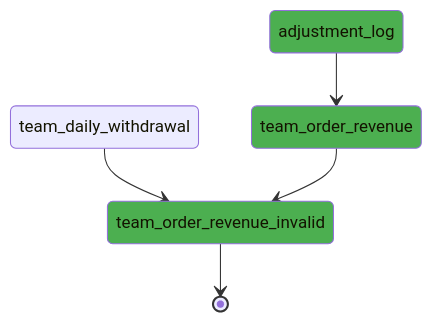
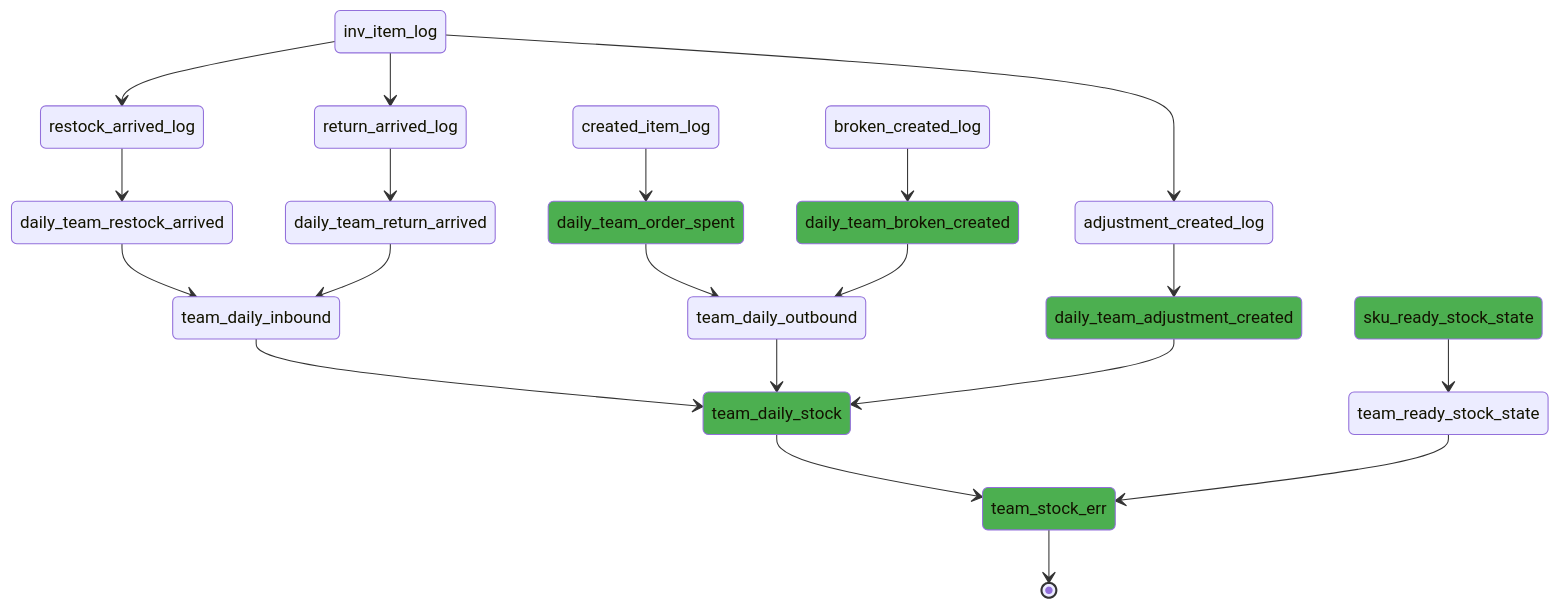
One commit to pdcgo/worker_stat changed the diagram in batch_test.mmd. Above: the diagram before and after it, drawn with Mermaid. The commit also changed 5 other files, not shown here.

```diff
--- a/batch_test.mmd
+++ b/batch_test.mmd
@@ -1,8 +1,26 @@
 stateDiagram-v2
-	team_order_revenue_invalid--> [*]
-	style team_order_revenue_invalid fill:#4CAF50
-	team_daily_withdrawal--> team_order_revenue_invalid
-	adjustment_log--> team_order_revenue
-	style adjustment_log fill:#4CAF50
-	team_order_revenue--> team_order_revenue_invalid
-	style team_order_revenue fill:#4CAF50
+	team_stock_err--> [*]
+	style team_stock_err fill:#4CAF50
+	inv_item_log--> restock_arrived_log
+	restock_arrived_log--> daily_team_restock_arrived
+	daily_team_restock_arrived--> team_daily_inbound
+	inv_item_log--> return_arrived_log
+	return_arrived_log--> daily_team_return_arrived
+	daily_team_return_arrived--> team_daily_inbound
+	team_daily_inbound--> team_daily_stock
+	created_item_log--> daily_team_order_spent
+	daily_team_order_spent--> team_daily_outbound
+	style daily_team_order_spent fill:#4CAF50
+	broken_created_log--> daily_team_broken_created
+	daily_team_broken_created--> team_daily_outbound
+	style daily_team_broken_created fill:#4CAF50
+	team_daily_outbound--> team_daily_stock
+	inv_item_log--> adjustment_created_log
+	adjustment_created_log--> daily_team_adjustment_created
+	daily_team_adjustment_created--> team_daily_stock
+	style daily_team_adjustment_created fill:#4CAF50
+	team_daily_stock--> team_stock_err
+	style team_daily_stock fill:#4CAF50
+	sku_ready_stock_state--> team_ready_stock_state
+	style sku_ready_stock_state fill:#4CAF50
+	team_ready_stock_state--> team_stock_err
```
